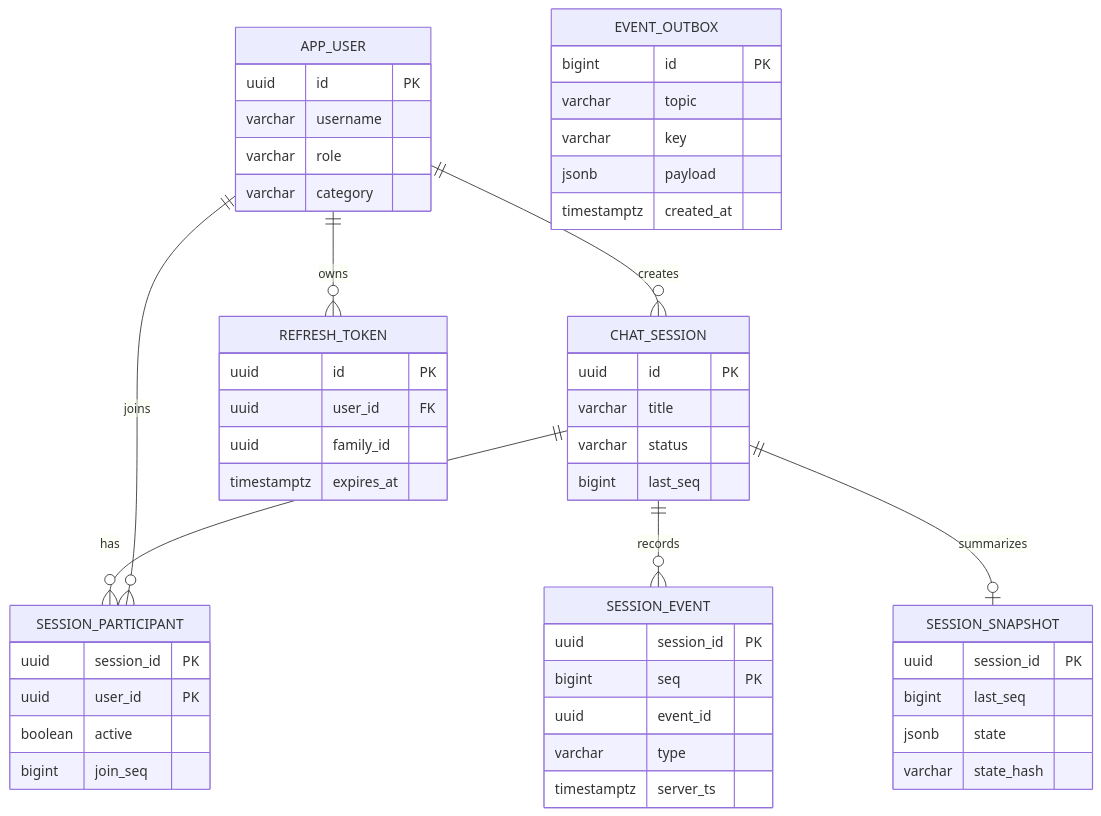
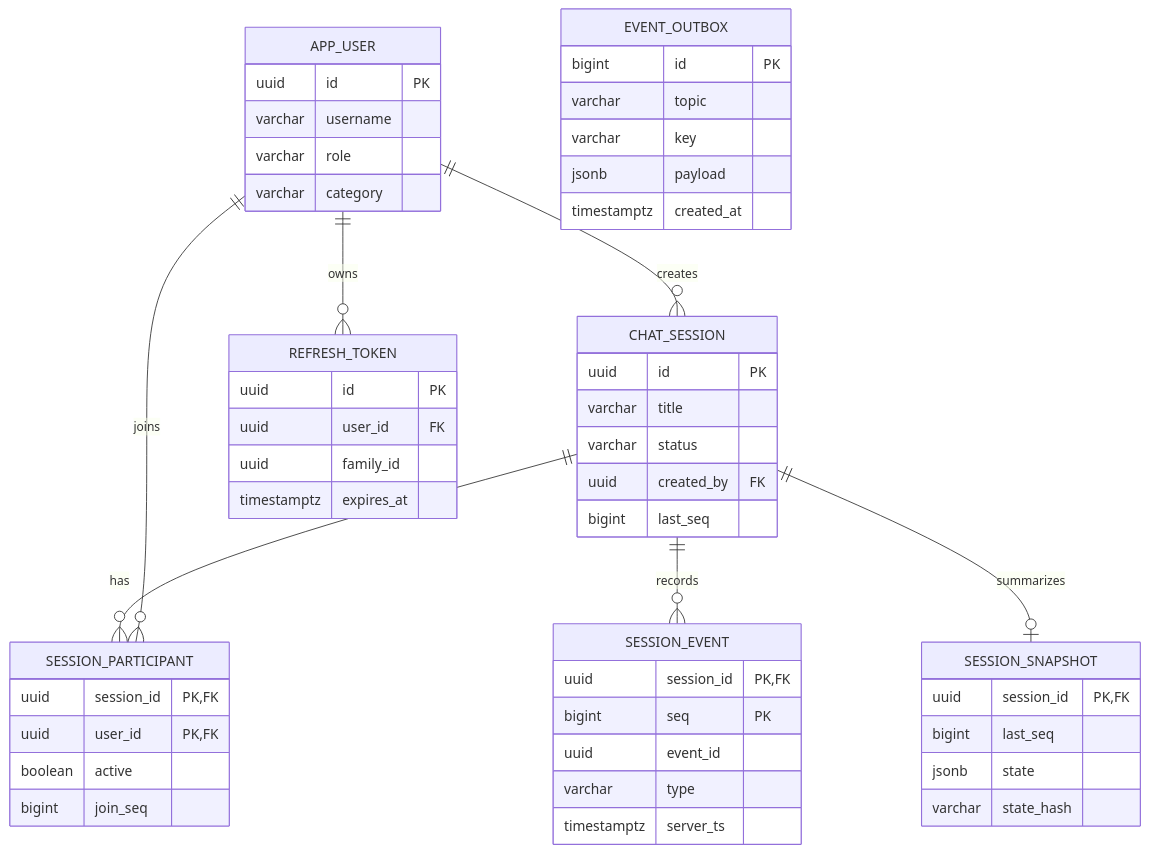
One commit to juwonlee-dev/event-based-chat changed the diagram in docs/data-model.md. Above: the diagram before and after it, drawn with Mermaid. The commit also changed other lines of this file and 9 other files, not shown here.

````diff
--- a/docs/data-model.md
+++ b/docs/data-model.md
@@ -7,53 +7,54 @@
 ```mermaid
 erDiagram
  APP_USER ||--o{ CHAT_SESSION : creates
  CHAT_SESSION ||--o{ SESSION_PARTICIPANT : has
  APP_USER ||--o{ SESSION_PARTICIPANT : joins
  CHAT_SESSION ||--o{ SESSION_EVENT : records
  CHAT_SESSION ||--o| SESSION_SNAPSHOT : summarizes
  APP_USER ||--o{ REFRESH_TOKEN : owns
  APP_USER {
   uuid id PK
   varchar username
   varchar role
   varchar category
  }
  CHAT_SESSION {
   uuid id PK
   varchar title
   varchar status
+  uuid created_by FK
   bigint last_seq
  }
  SESSION_PARTICIPANT {
-  uuid session_id PK
-  uuid user_id PK
+  uuid session_id PK,FK
+  uuid user_id PK,FK
   boolean active
   bigint join_seq
  }
  SESSION_EVENT {
-  uuid session_id PK
+  uuid session_id PK,FK
   bigint seq PK
   uuid event_id
   varchar type
   timestamptz server_ts
  }
  SESSION_SNAPSHOT {
-  uuid session_id PK
+  uuid session_id PK,FK
   bigint last_seq
   jsonb state
   varchar state_hash
  }
  REFRESH_TOKEN {
   uuid id PK
   uuid user_id FK
   uuid family_id
   timestamptz expires_at
  }
  EVENT_OUTBOX {
   bigint id PK
   varchar topic
   varchar key
   jsonb payload
   timestamptz created_at
  }
 ```
````
